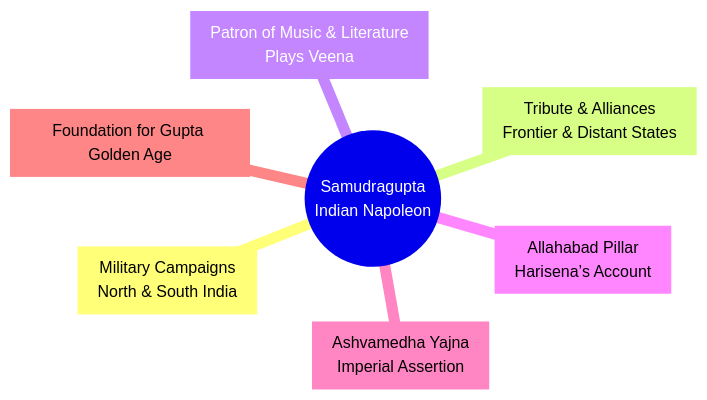
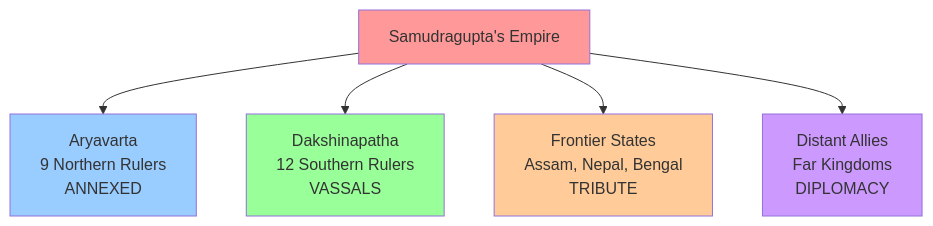
One commit to naveengarla/icse-9th-history changed the diagram in 6.guptas-age/segment-3-samudragupta.md. Above: the diagram before and after it, drawn with Mermaid. The commit also changed other lines of this file and 1 other file, not shown here.

First line of the commit message:
Optimize Segment 3: Streamline Samudragupta content into engaging story + focused exam prep

````diff
--- a/6.guptas-age/segment-3-samudragupta.md
+++ b/6.guptas-age/segment-3-samudragupta.md
@@ -102,10 +14,13 @@
 ```mermaid
-mindmap
-	root((Samudragupta<br/>Indian Napoleon))
-		Conquests[Military Campaigns<br/>North & South India]
-		Diplomacy[Tribute & Alliances<br/>Frontier & Distant States]
-		Arts[Patron of Music & Literature<br/>Plays Veena]
-		Inscription[Allahabad Pillar<br/>Harisena’s Account]
-		Rituals[Ashvamedha Yajna<br/>Imperial Assertion]
-		Legacy[Foundation for Gupta Golden Age]
+graph TB
+    A[Samudragupta's Empire] --> B[Aryavarta<br/>9 Northern Rulers<br/>ANNEXED]
+    A --> C[Dakshinapatha<br/>12 Southern Rulers<br/>VASSALS]
+    A --> D[Frontier States<br/>Assam, Nepal, Bengal<br/>TRIBUTE]
+    A --> E[Distant Allies<br/>Far Kingdoms<br/>DIPLOMACY]
+    
+    style A fill:#ff9999
+    style B fill:#99ccff
+    style C fill:#99ff99
+    style D fill:#ffcc99
+    style E fill:#cc99ff
 ```
````
